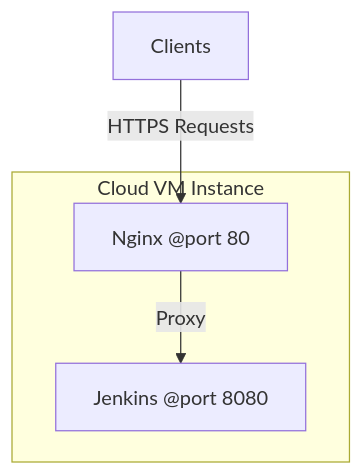
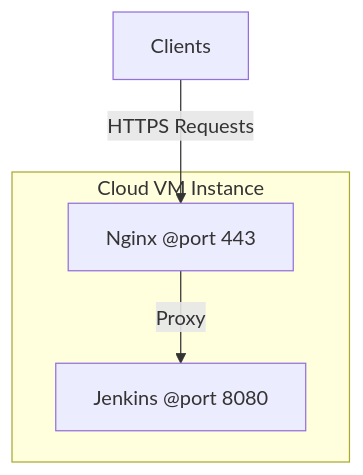
One commit to markma85/Setup-Jenkins-Build-Env changed the diagram in README.md. Above: the diagram before and after it, drawn with Mermaid.

Commit message:
Correct VM port access to 443

````diff
--- a/README.md
+++ b/README.md
@@ -7,10 +7,10 @@
 ```mermaid
 graph TD
-    A[Clients] -->|HTTPS Requests| B[Nginx @port 80]
+    A[Clients] -->|HTTPS Requests| B[Nginx @port 443]
     B -->|Proxy| C[Jenkins @port 8080]
 
     subgraph Cloud VM Instance
         B
         C
     end
 ```
````
